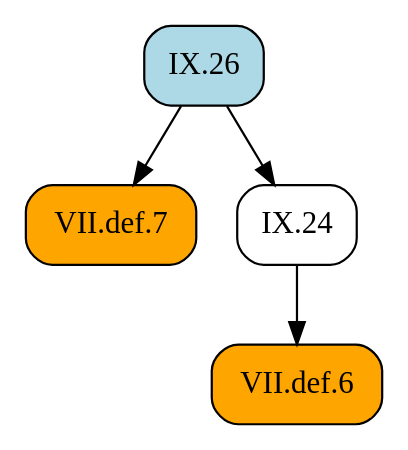
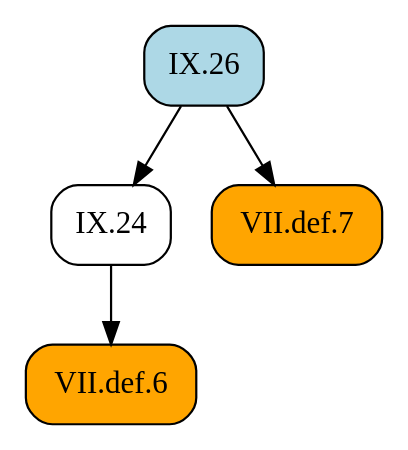
One commit to geometor/elements changed the diagram in docsrc/heath/IX/26/index.rst. Above: the diagram before and after it, drawn with Graphviz. The commit also changed other lines of this file and 1029 other files, not shown here.

```diff
--- a/docsrc/heath/IX/26/index.rst
+++ b/docsrc/heath/IX/26/index.rst
@@ -28,13 +28,13 @@
 .. graphviz::
 
    digraph {
      rankdir="TB";
      node [shape=box, style=rounded];
+     "IX.24" [URL="/heath/IX/24/", target="_top"];
      "VII.def.7" [style="rounded,filled", fillcolor=orange, URL="/heath/VII/def.7/", target="_top"];
+     "IX.26" [style="rounded,filled", fillcolor=lightblue, URL="/heath/IX/26/", target="_top"];
      "VII.def.6" [style="rounded,filled", fillcolor=orange, URL="/heath/VII/def.6/", target="_top"];
-     "IX.24" [URL="/heath/IX/24/", target="_top"];
-     "IX.26" [style="rounded,filled", fillcolor=lightblue, URL="/heath/IX/26/", target="_top"];
+     "IX.26" -> "IX.24";
      "IX.26" -> "VII.def.7";
      "IX.24" -> "VII.def.6";
-     "IX.26" -> "IX.24";
    }
```
